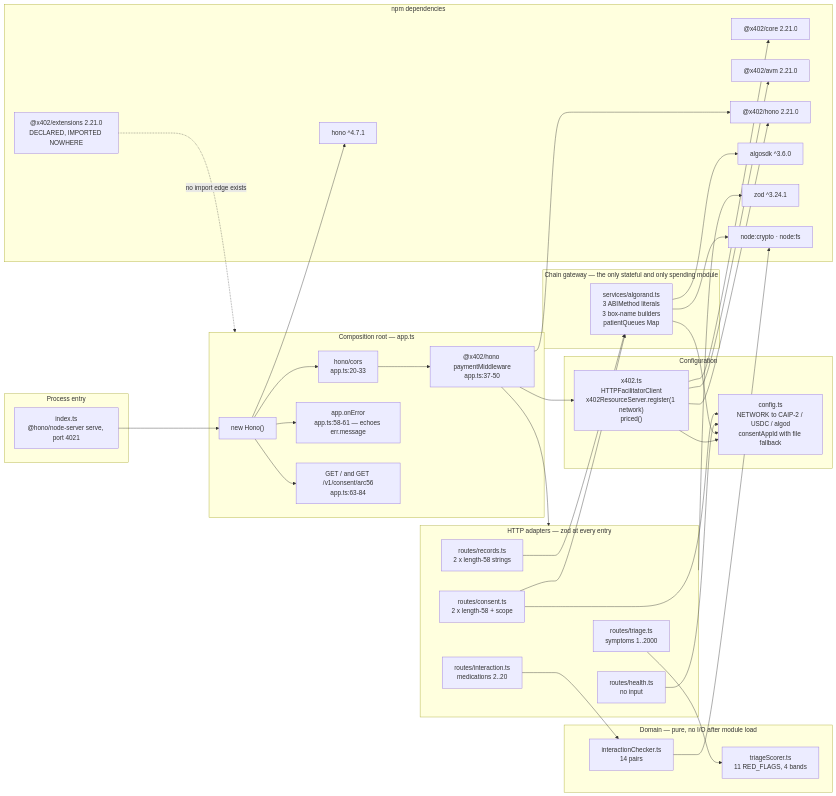
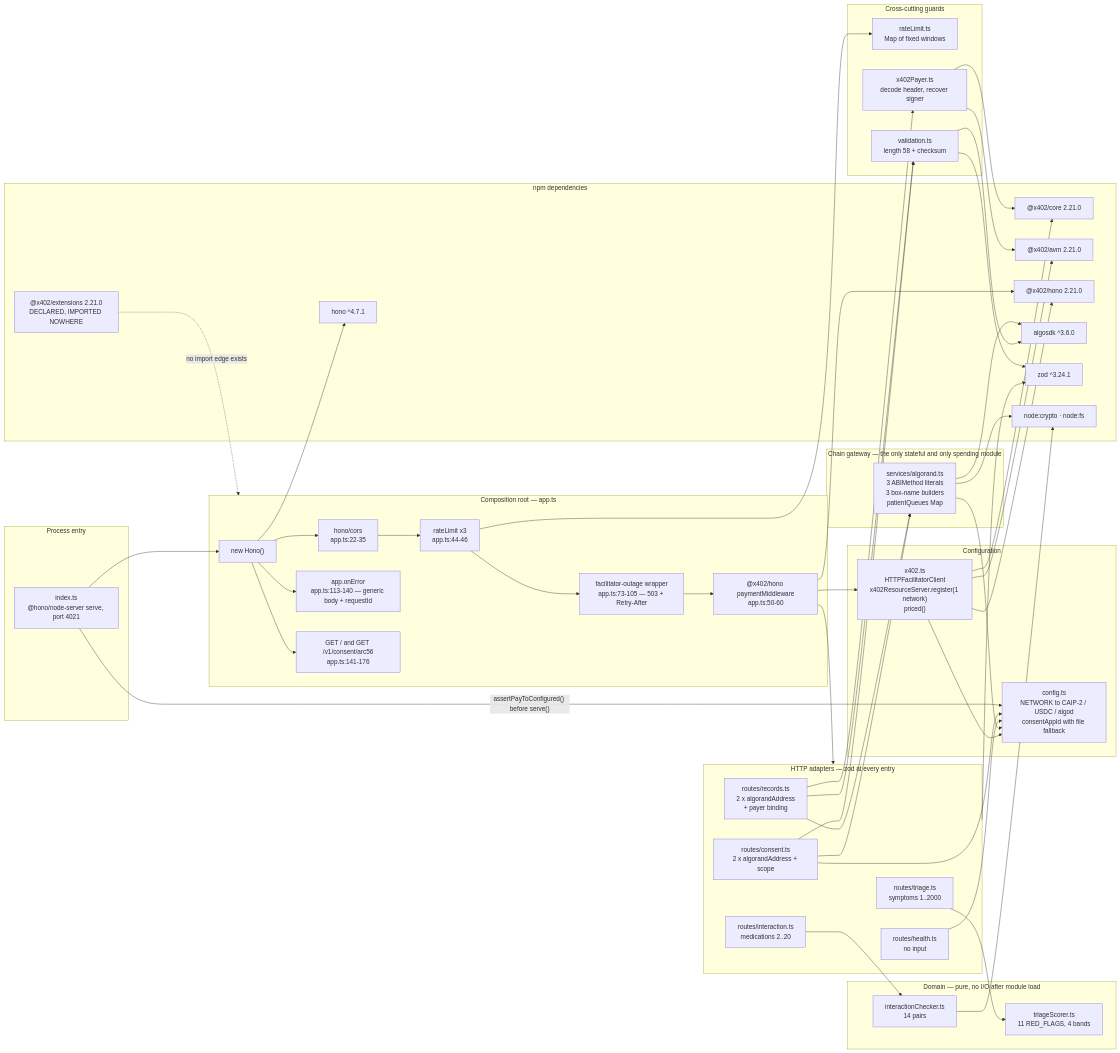
Before and after one commit to Hydra-Of-Malice/Medrail: the second of 4 diagrams in docs/03_Architecture/Component_Diagram.md, drawn with Mermaid. The commit also changed other lines of this file and 77 other files, not shown here.

````diff
--- a/docs/03_Architecture/Component_Diagram.md
+++ b/docs/03_Architecture/Component_Diagram.md
@@ -119,18 +115,26 @@
 
     subgraph Compose["Composition root — app.ts"]
         HONO["new Hono()"]
-        MW1["hono/cors<br/>app.ts:20-33"]
-        MW2["@x402/hono paymentMiddleware<br/>app.ts:37-50"]
-        ERR["app.onError<br/>app.ts:58-61 — echoes err.message"]
-        SRV["GET / and GET /v1/consent/arc56<br/>app.ts:63-84"]
+        MW1["hono/cors<br/>app.ts:22-35"]
+        MW0["rateLimit x3<br/>app.ts:44-46"]
+        MW2["@x402/hono paymentMiddleware<br/>app.ts:50-60"]
+        MW3["facilitator-outage wrapper<br/>app.ts:73-105 — 503 + Retry-After"]
+        ERR["app.onError<br/>app.ts:113-140 — generic body + requestId"]
+        SRV["GET / and GET /v1/consent/arc56<br/>app.ts:141-176"]
     end
 
     subgraph Adapters["HTTP adapters — zod at every entry"]
         T["routes/triage.ts<br/>symptoms 1..2000"]
         I["routes/interaction.ts<br/>medications 2..20"]
-        R["routes/records.ts<br/>2 x length-58 strings"]
-        C["routes/consent.ts<br/>2 x length-58 + scope"]
+        R["routes/records.ts<br/>2 x algorandAddress<br/>+ payer binding"]
+        C["routes/consent.ts<br/>2 x algorandAddress + scope"]
         H["routes/health.ts<br/>no input"]
+    end
+
+    subgraph Guards["Cross-cutting guards"]
+        RL["rateLimit.ts<br/>Map of fixed windows"]
+        VA["validation.ts<br/>length 58 + checksum"]
+        XP["x402Payer.ts<br/>decode header, recover signer"]
     end
 
     subgraph Domain["Domain — pure, no I/O after module load"]
@@ -158,13 +162,18 @@
         NC["node:crypto · node:fs"]
     end
 
+    IDX2 -->|"assertPayToConfigured() before serve()"| CF
     IDX2 --> HONO
-    HONO --> MW1 --> MW2 --> Adapters
+    HONO --> MW1 --> MW0 --> MW3 --> MW2 --> Adapters
     HONO --> ERR & SRV
+    MW0 --> RL
     MW2 --> X
     T --> TS
     I --> IC
+    R --> XP
+    R --> VA
     R --> AL
+    C --> VA
     C --> AL
     C --> CF
     H --> CF
@@ -172,10 +181,13 @@
     AL --> CF
     AL --> AS
     AL --> NC
+    VA --> AS
+    XP --> XC & XA
     X --> CF
     X --> XC & XA & XH
     MW2 --> XH
     Adapters --> ZD
+    VA --> ZD
     HONO --> HN
     XE -.->|"no import edge exists"| Compose
 ```
````
